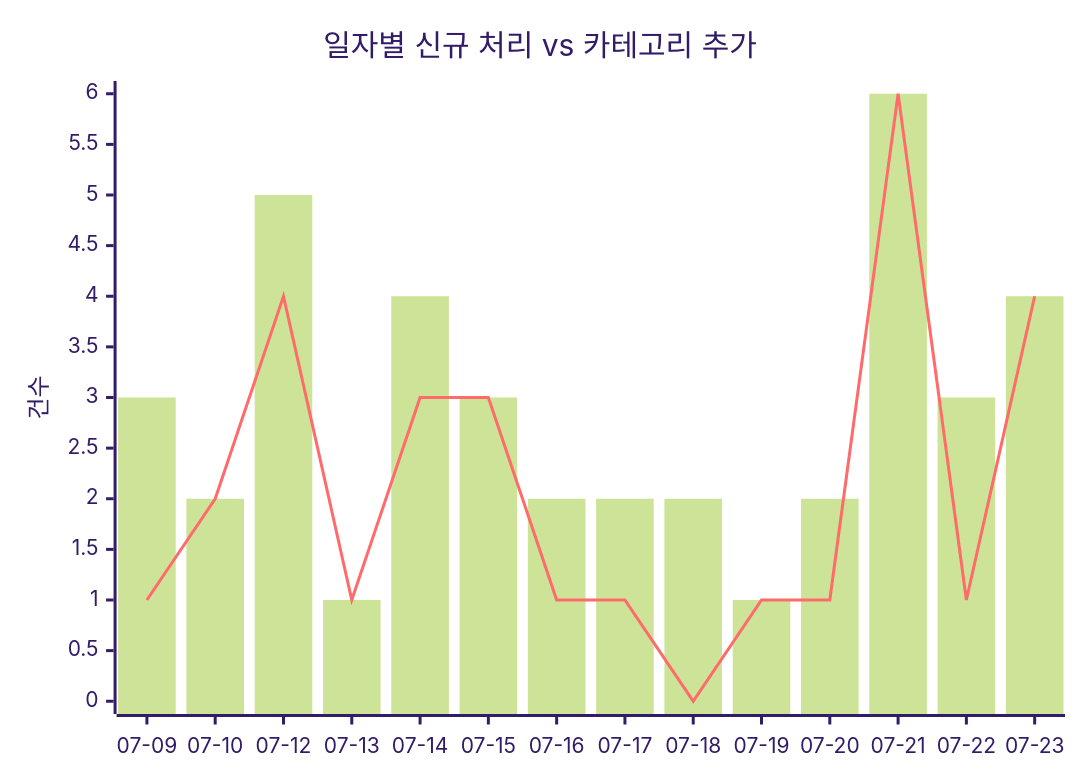
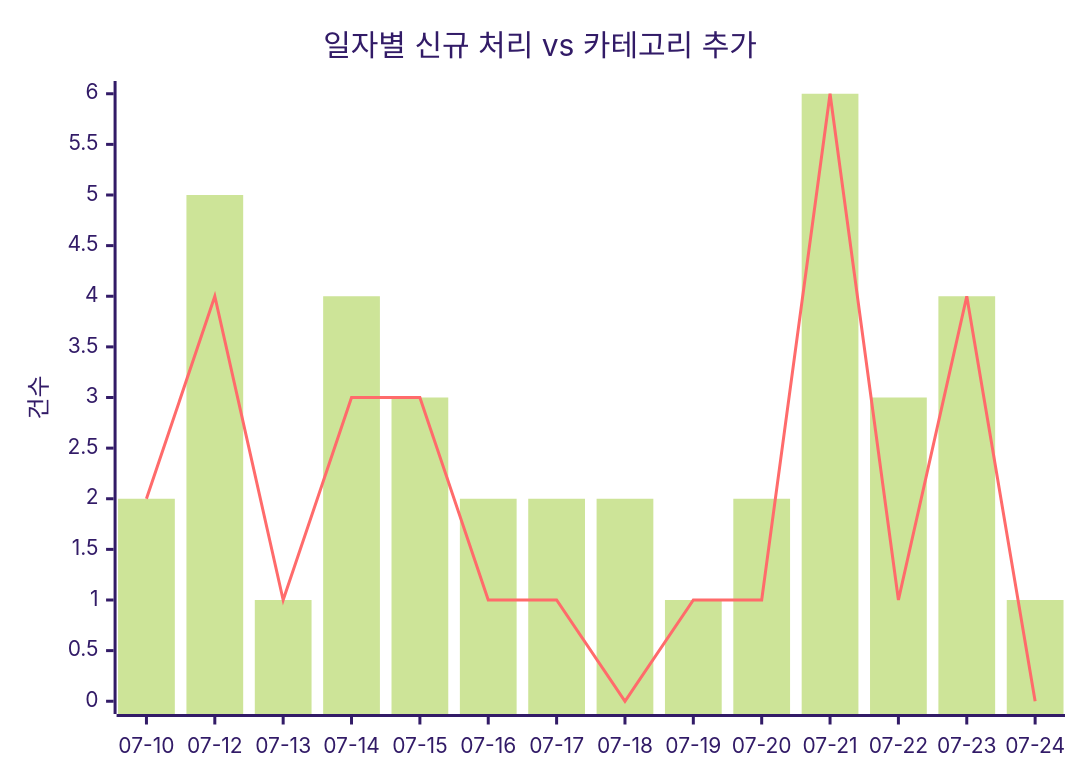
One commit to J-nowcow/awesome-korean-agent-skills changed the first of 2 diagrams in docs/trends.md. Above: the diagram before and after it, drawn with Mermaid (forest theme). The commit also changed other lines of this file and 2 other files, not shown here.

````diff
--- a/docs/trends.md
+++ b/docs/trends.md
@@ -32,8 +32,8 @@
 ```mermaid
 xychart-beta
     title "일자별 신규 처리 vs 카테고리 추가"
-    x-axis ["07-09","07-10","07-12","07-13","07-14","07-15","07-16","07-17","07-18","07-19","07-20","07-21","07-22","07-23"]
+    x-axis ["07-10","07-12","07-13","07-14","07-15","07-16","07-17","07-18","07-19","07-20","07-21","07-22","07-23","07-24"]
     y-axis "건수"
-    bar [3,2,5,1,4,3,2,2,2,1,2,6,3,4]
-    line [1,2,4,1,3,3,1,1,0,1,1,6,1,4]
+    bar [2,5,1,4,3,2,2,2,1,2,6,3,4,1]
+    line [2,4,1,3,3,1,1,0,1,1,6,1,4,0]
 ```
````
